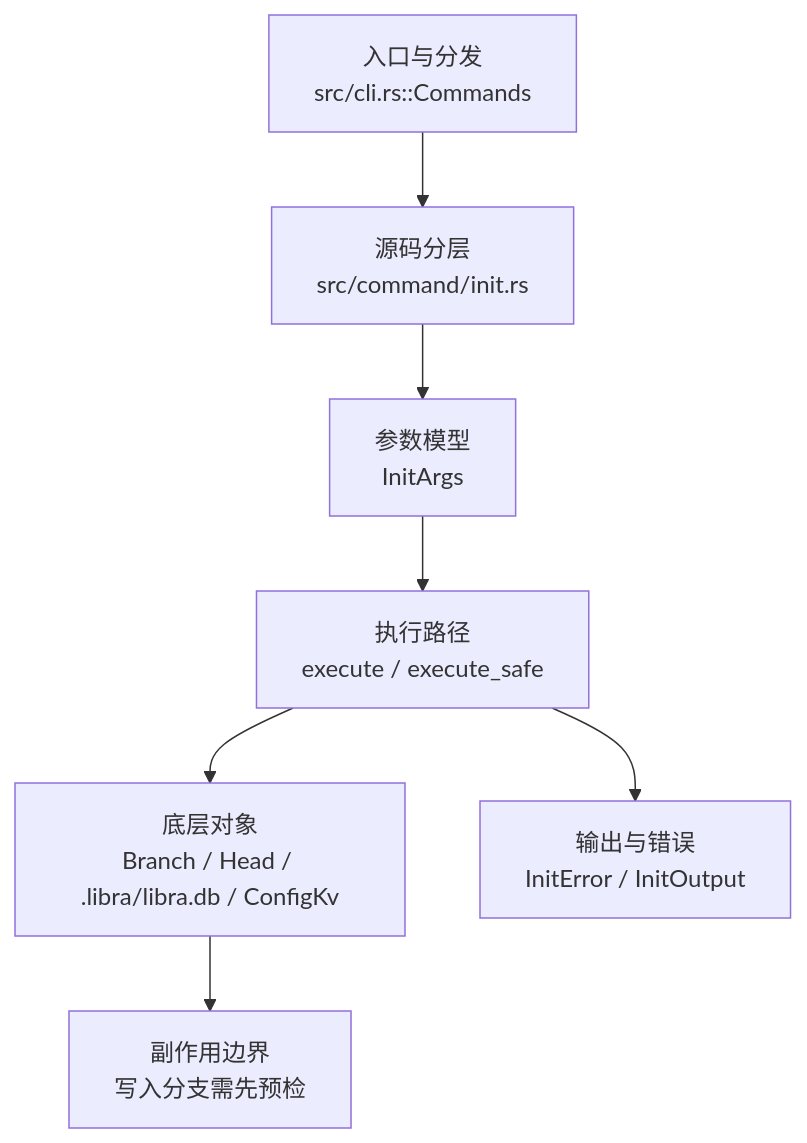
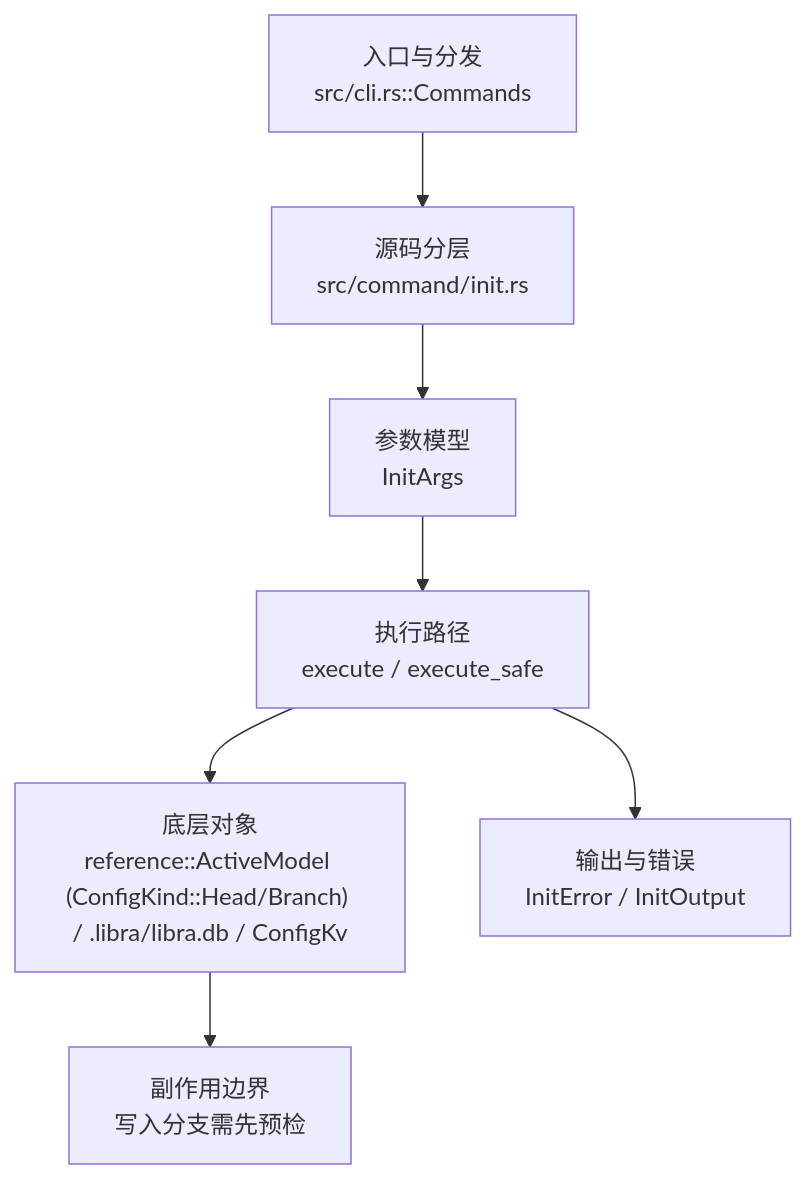
One commit to web3infra-foundation/libra changed the diagram in docs/development/commands/init.md. Above: the diagram before and after it, drawn with Mermaid. The commit also changed other lines of this file and 65 other files, not shown here.

````diff
--- a/docs/development/commands/init.md
+++ b/docs/development/commands/init.md
@@ -22,9 +22,9 @@
 ```mermaid
 flowchart TD
     A["入口与分发<br/>src/cli.rs::Commands"] --> B["源码分层<br/>src/command/init.rs"]
     B --> C["参数模型<br/>InitArgs"]
     C --> D["执行路径<br/>execute / execute_safe"]
-    D --> E["底层对象<br/>Branch / Head / .libra/libra.db / ConfigKv"]
+    D --> E["底层对象<br/>reference::ActiveModel (ConfigKind::Head/Branch) / .libra/libra.db / ConfigKv"]
     D --> F["输出与错误<br/>InitError / InitOutput"]
     E --> G["副作用边界<br/>写入分支需先预检"]
 ```
````
